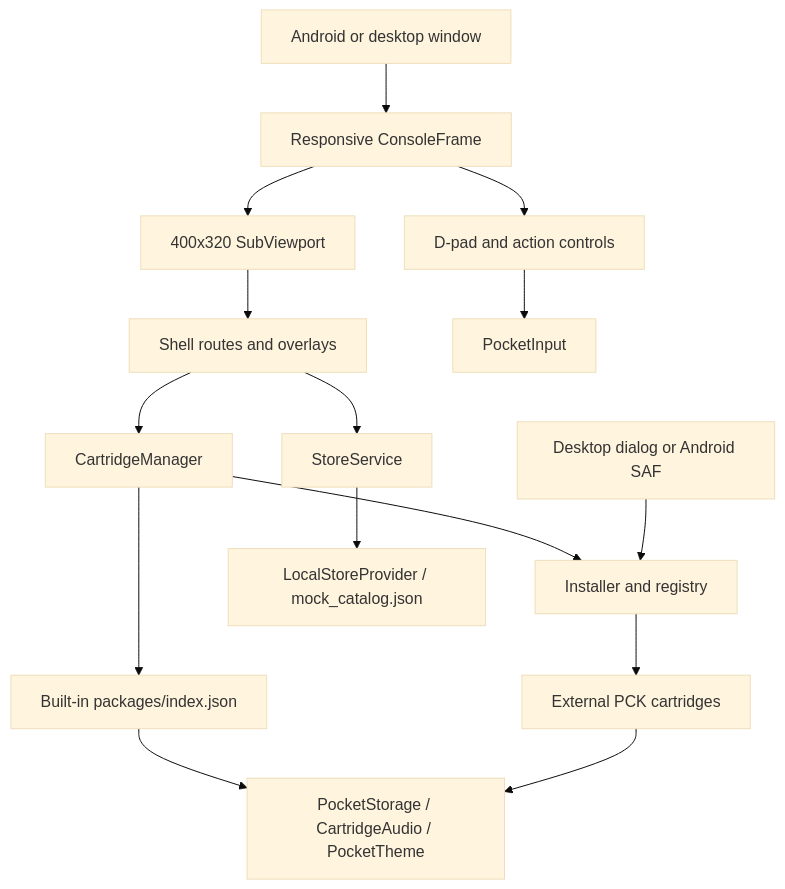
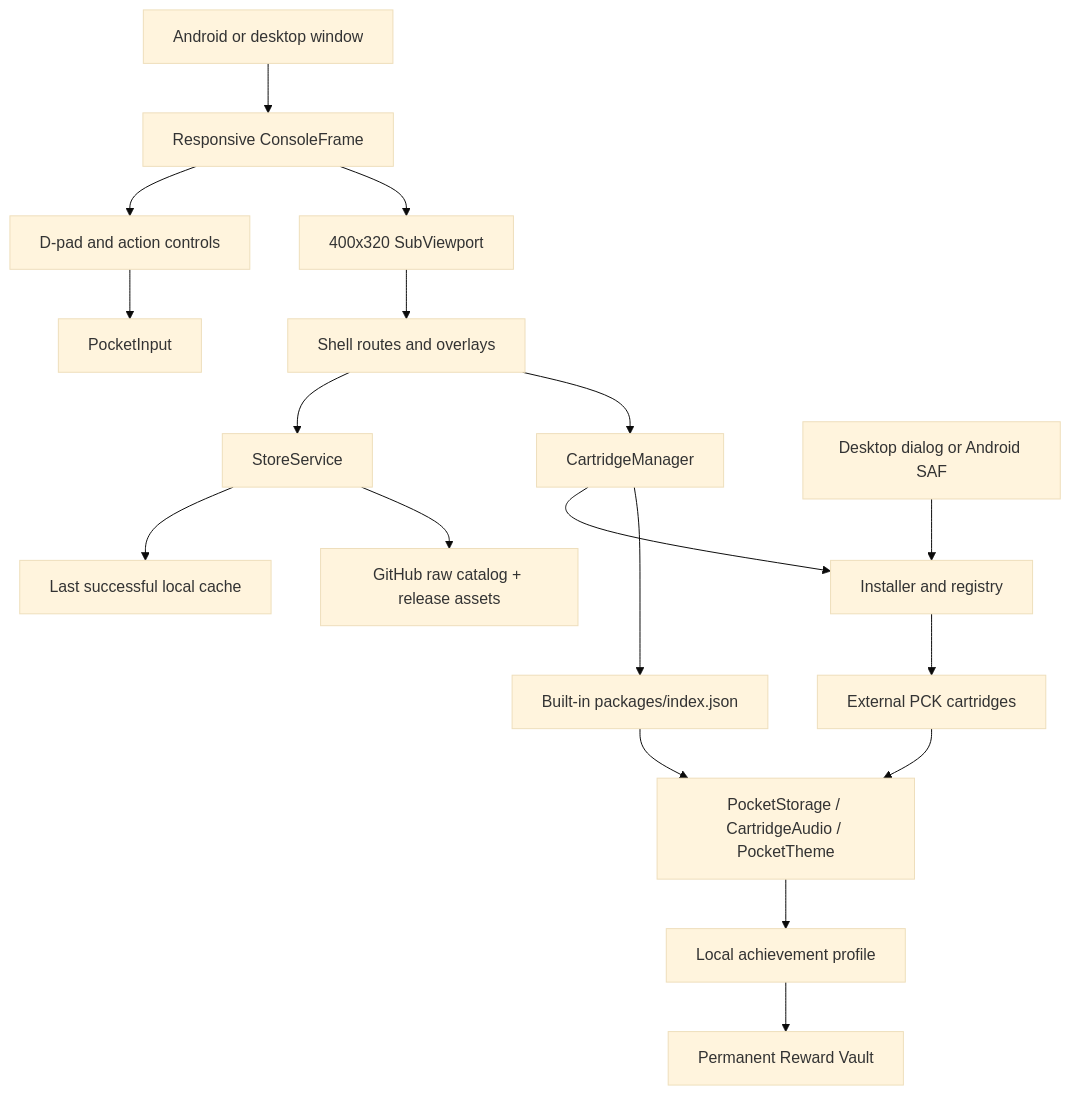
The diagram in ARCHITECTURE.md (Creep7er/OpenPocket), drawn with Mermaid (base theme) before and after one commit. The commit also changed other lines of this file and 32 other files, not shown here.

````diff
--- a/ARCHITECTURE.md
+++ b/ARCHITECTURE.md
@@ -5,17 +5,20 @@
 ```mermaid
 flowchart TD
     Android["Android or desktop window"] --> Frame["Responsive ConsoleFrame"]
     Frame --> Display["400x320 SubViewport"]
     Frame --> Touch["D-pad and action controls"]
     Display --> Shell["Shell routes and overlays"]
     Shell --> Manager["CartridgeManager"]
     Shell --> Store["StoreService"]
     Manager --> Builtins["Built-in packages/index.json"]
     Manager --> Installer["Installer and registry"]
     Installer --> External["External PCK cartridges"]
     Touch --> Input["PocketInput"]
     Builtins --> APIs["PocketStorage / CartridgeAudio / PocketTheme"]
     External --> APIs
     Picker["Desktop dialog or Android SAF"] --> Installer
-    Store --> Local["LocalStoreProvider / mock_catalog.json"]
+    Store --> GitHub["GitHub raw catalog + release assets"]
+    Store --> Cache["Last successful local cache"]
+    APIs --> Achievements["Local achievement profile"]
+    Achievements --> Vault["Permanent Reward Vault"]
 ```
````
